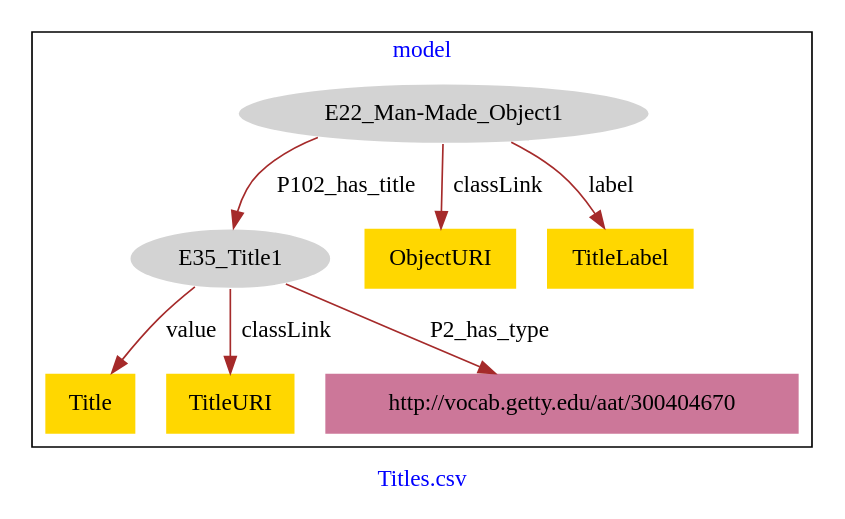
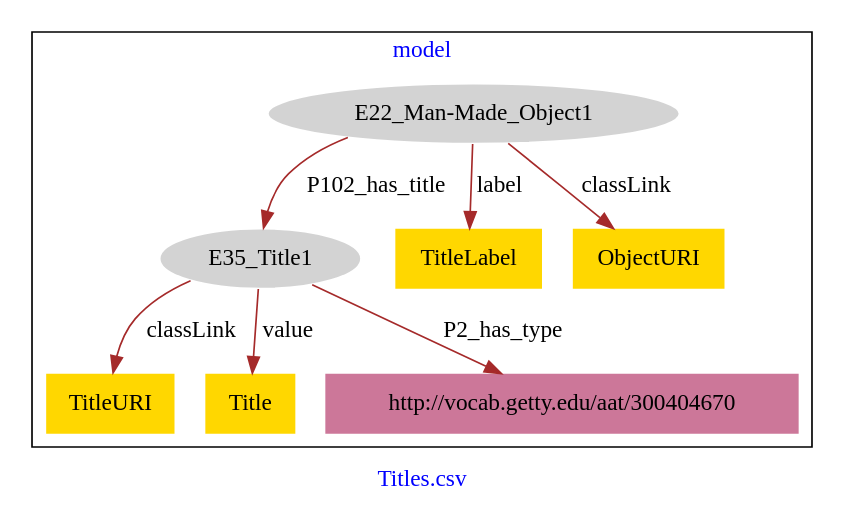
The diagram in Titles/Titles-model.dot (american-art/GM), drawn with Graphviz before and after one commit.

Commit message:
Update file Titles-model.dot

```diff
--- a/Titles/Titles-model.dot
+++ b/Titles/Titles-model.dot
@@ -1,21 +1,21 @@
 digraph n0 {
 fontcolor="blue"
 remincross="true"
 label="Titles.csv"
 subgraph cluster {
 label="model"
 n2[style="filled",color="white",fillcolor="lightgray",label="E22_Man-Made_Object1"];
 n3[style="filled",color="white",fillcolor="lightgray",label="E35_Title1"];
-n4[shape="plaintext",style="filled",fillcolor="gold",label="ObjectURI"];
+n4[shape="plaintext",style="filled",fillcolor="gold",label="TitleURI"];
 n5[shape="plaintext",style="filled",fillcolor="gold",label="Title"];
 n6[shape="plaintext",style="filled",fillcolor="gold",label="TitleLabel"];
-n7[shape="plaintext",style="filled",fillcolor="gold",label="TitleURI"];
+n7[shape="plaintext",style="filled",fillcolor="gold",label="ObjectURI"];
 n8[shape="plaintext",style="filled",fillcolor="#CC7799",label="http://vocab.getty.edu/aat/300404670"];
 }
 n2 -> n3[color="brown",fontcolor="black",label="P102_has_title"]
-n2 -> n4[color="brown",fontcolor="black",label="classLink"]
+n3 -> n4[color="brown",fontcolor="black",label="classLink"]
 n3 -> n5[color="brown",fontcolor="black",label="value"]
 n2 -> n6[color="brown",fontcolor="black",label="label"]
-n3 -> n7[color="brown",fontcolor="black",label="classLink"]
+n2 -> n7[color="brown",fontcolor="black",label="classLink"]
 n3 -> n8[color="brown",fontcolor="black",label="P2_has_type"]
 }
```
